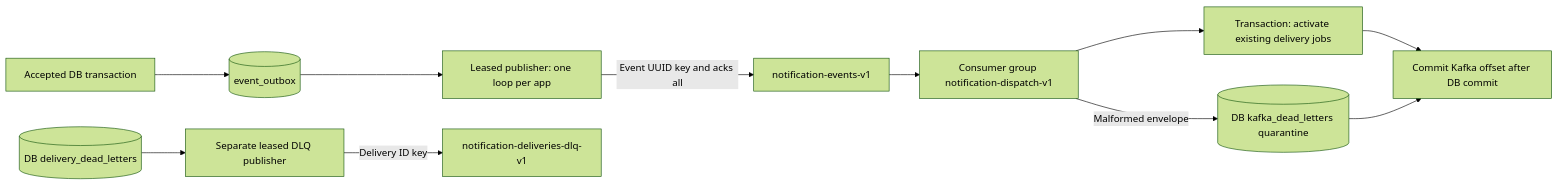
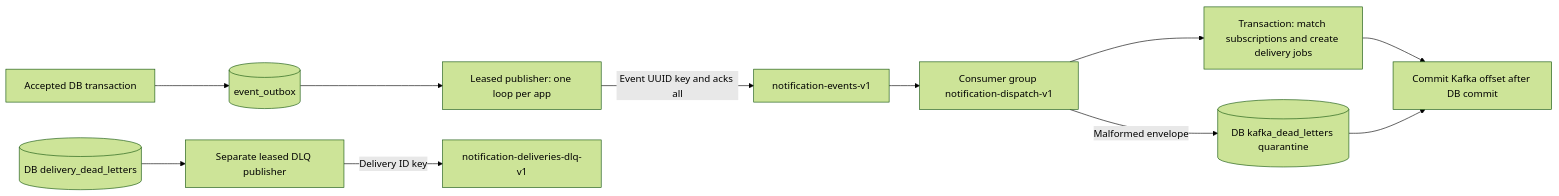
Before and after one commit to Sahil2237/notification-fanout: the first of 3 diagrams in docs/lld/kafka.md, drawn with Mermaid (forest theme). The commit also changed other lines of this file and 16 other files, not shown here.

````diff
--- a/docs/lld/kafka.md
+++ b/docs/lld/kafka.md
@@ -21,13 +21,13 @@
 ```mermaid
 flowchart LR
     TX[Accepted DB transaction] --> OUT[(event_outbox)]
     OUT --> PUB[Leased publisher: one loop per app]
     PUB -->|Event UUID key and acks all| TOPIC[notification-events-v1]
     TOPIC --> CON[Consumer group notification-dispatch-v1]
-    CON --> ACT[Transaction: activate existing delivery jobs]
+    CON --> ACT[Transaction: match subscriptions and create delivery jobs]
     ACT --> OFF[Commit Kafka offset after DB commit]
     CON -->|Malformed envelope| QUAR[(DB kafka_dead_letters quarantine)]
     QUAR --> OFF
     FAIL[(DB delivery_dead_letters)] --> DLP[Separate leased DLQ publisher]
     DLP -->|Delivery ID key| DLT[notification-deliveries-dlq-v1]
 ```
````
